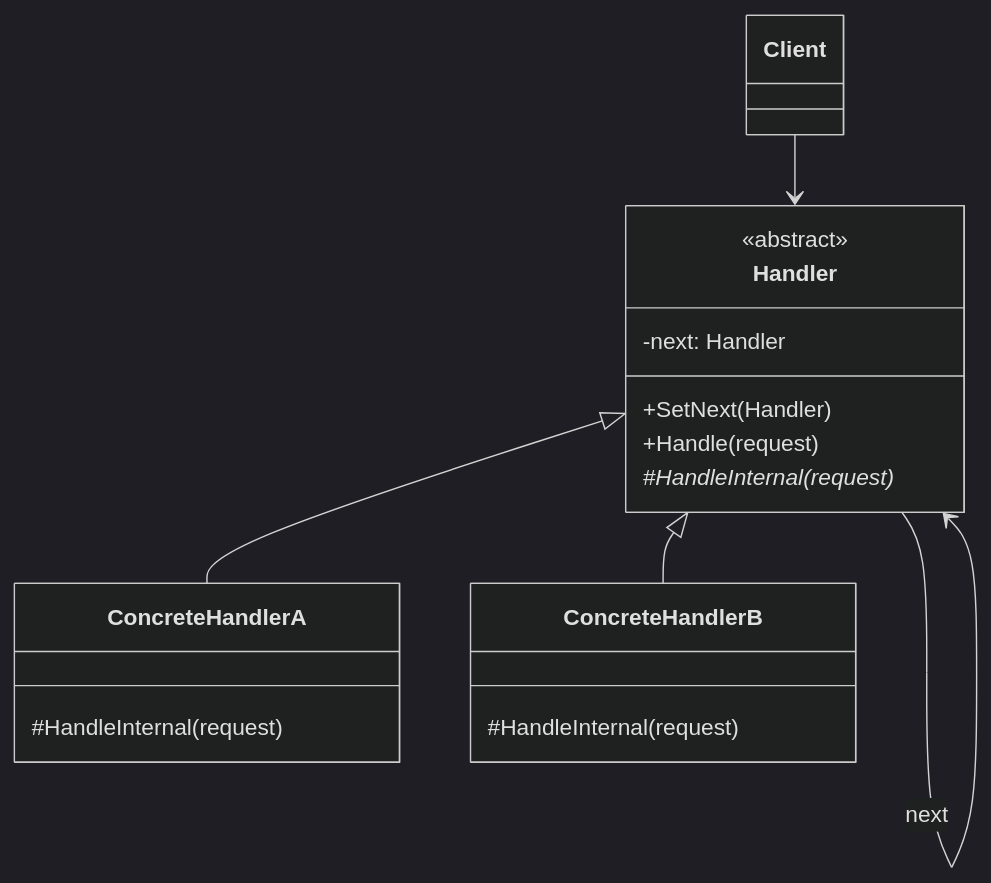
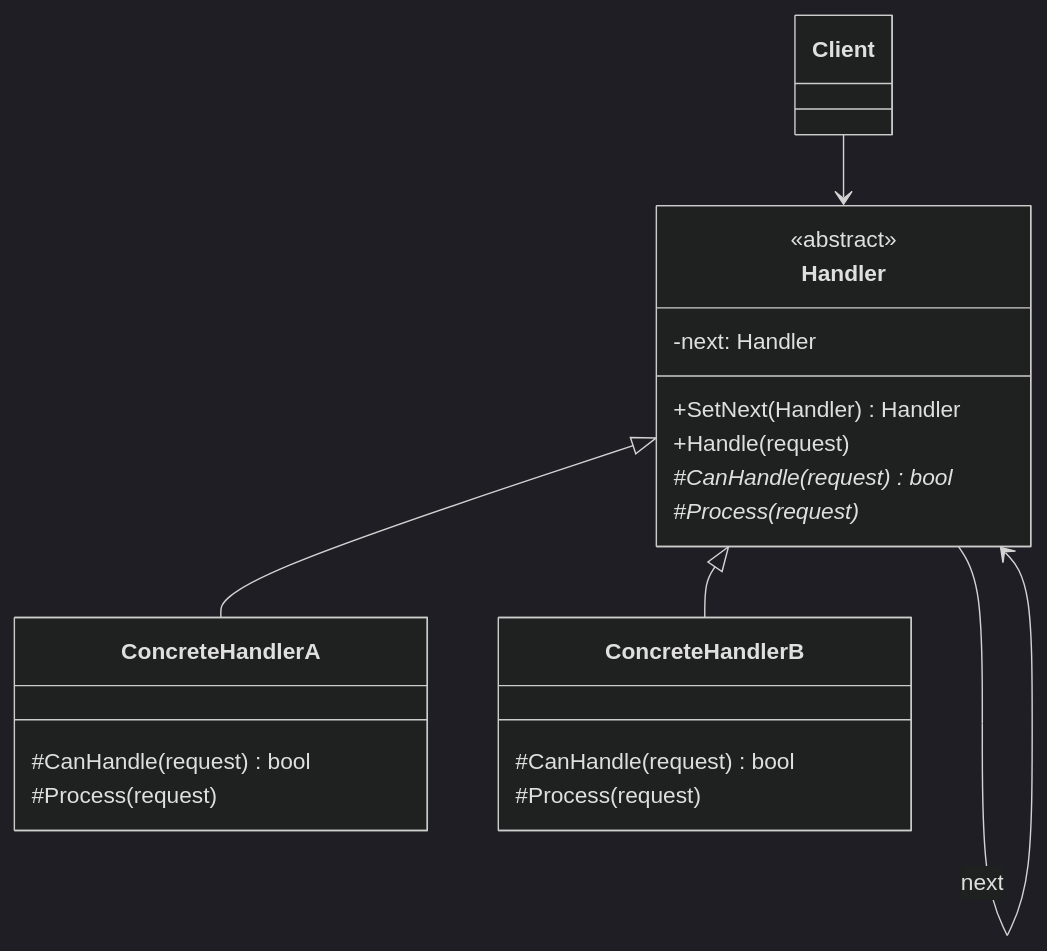
One commit to minijb/Wiki changed the first of 11 diagrams in raw/cs/design-patterns/behavioral-patterns.md. Above: the diagram before and after it, drawn with Mermaid (dark theme). The commit also changed other lines of this file and 962 other files, not shown here.

````diff
--- a/raw/cs/design-patterns/behavioral-patterns.md
+++ b/raw/cs/design-patterns/behavioral-patterns.md
@@ -49,22 +58,25 @@
 ```mermaid
 classDiagram
     class Handler {
         <<abstract>>
         -next: Handler
-        +SetNext(Handler)
+        +SetNext(Handler) Handler
         +Handle(request)
-        #HandleInternal(request)*
+        #CanHandle(request)* bool
+        #Process(request)*
     }
     class ConcreteHandlerA {
-        #HandleInternal(request)
+        #CanHandle(request) bool
+        #Process(request)
     }
     class ConcreteHandlerB {
-        #HandleInternal(request)
+        #CanHandle(request) bool
+        #Process(request)
     }
     class Client
 
     Handler <|-- ConcreteHandlerA
     Handler <|-- ConcreteHandlerB
     Handler --> Handler : next
     Client --> Handler
 ```
````
